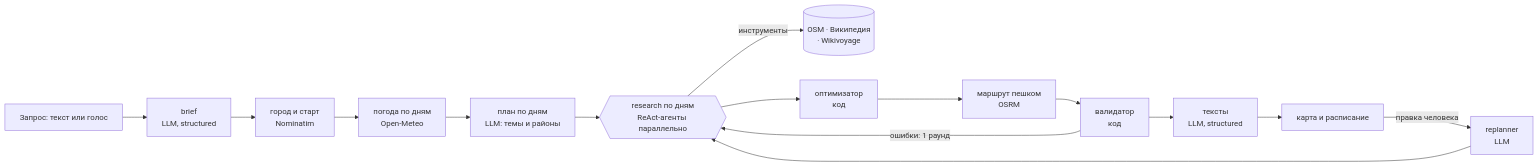
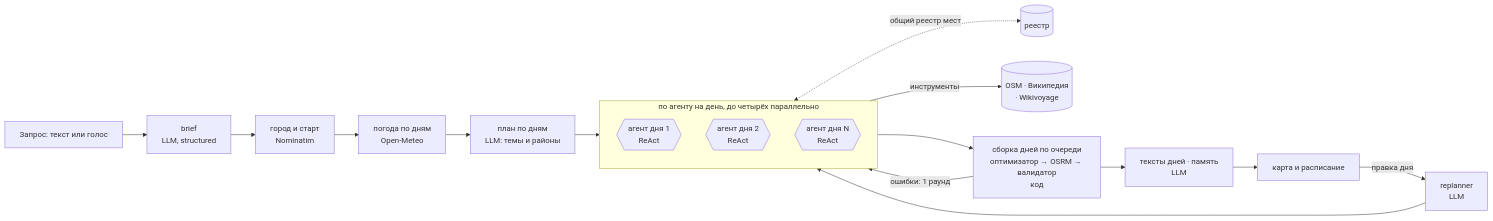
One commit to dgornin/progulka changed the diagram in README.md. Above: the diagram before and after it, drawn with Mermaid.

Commit message:
README graph: one research agent per day, the shared registry, days assembled in turn

````diff
--- a/README.md
+++ b/README.md
@@ -107,16 +107,20 @@
 ```mermaid
 flowchart LR
     Q[Запрос: текст или голос] --> B[brief<br/>LLM, structured]
     B --> G[город и старт<br/>Nominatim]
     G --> W[погода по дням<br/>Open-Meteo]
     W --> D[план по дням<br/>LLM: темы и районы]
-    D --> R{{research по дням<br/>ReAct-агенты параллельно}}
-    R -- инструменты --> S[(OSM · Википедия<br/>· Wikivoyage)]
-    R --> O[оптимизатор<br/>код]
-    O --> P[маршрут пешком<br/>OSRM]
-    P --> V[валидатор<br/>код]
-    V -- ошибки: 1 раунд --> R
-    V --> T[тексты<br/>LLM, structured]
+    subgraph A [по агенту на день, до четырёх параллельно]
+        R1{{агент дня 1<br/>ReAct}}
+        R2{{агент дня 2<br/>ReAct}}
+        RN{{агент дня N<br/>ReAct}}
+    end
+    D --> A
+    A <-. общий реестр мест .-> REG[(реестр)]
+    A -- инструменты --> S[(OSM · Википедия<br/>· Wikivoyage)]
+    A --> O[сборка дней по очереди<br/>оптимизатор → OSRM → валидатор<br/>код]
+    O -- ошибки: 1 раунд --> A
+    O --> T[тексты дней · память<br/>LLM]
     T --> U[карта и расписание]
-    U -- правка человека --> F[replanner<br/>LLM] --> R
+    U -- правка дня --> F[replanner<br/>LLM] --> A
 ```
````
